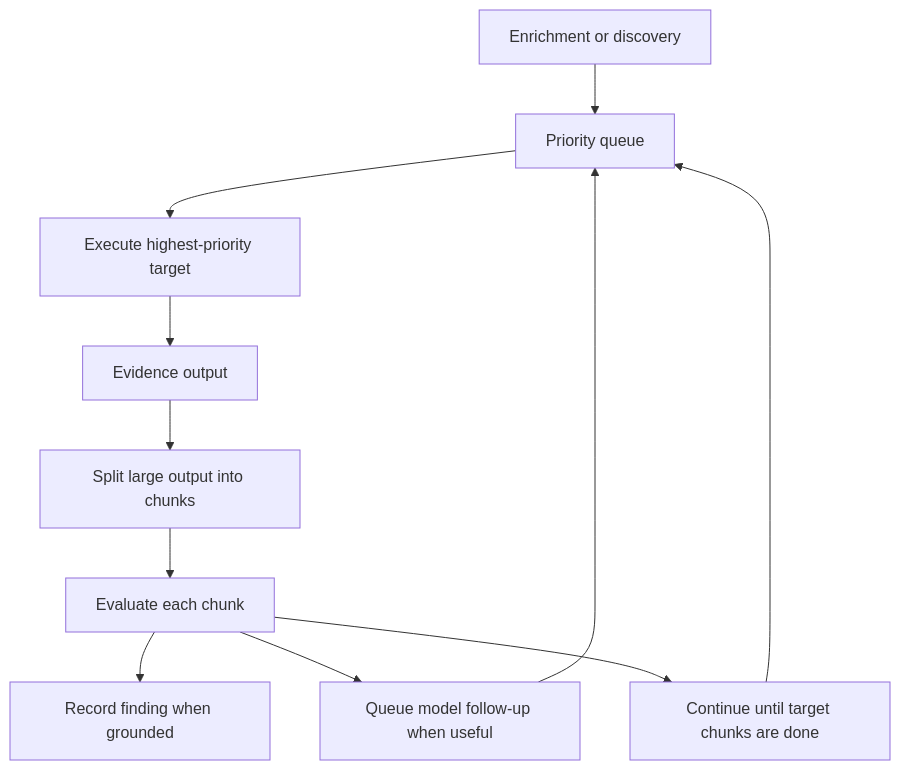
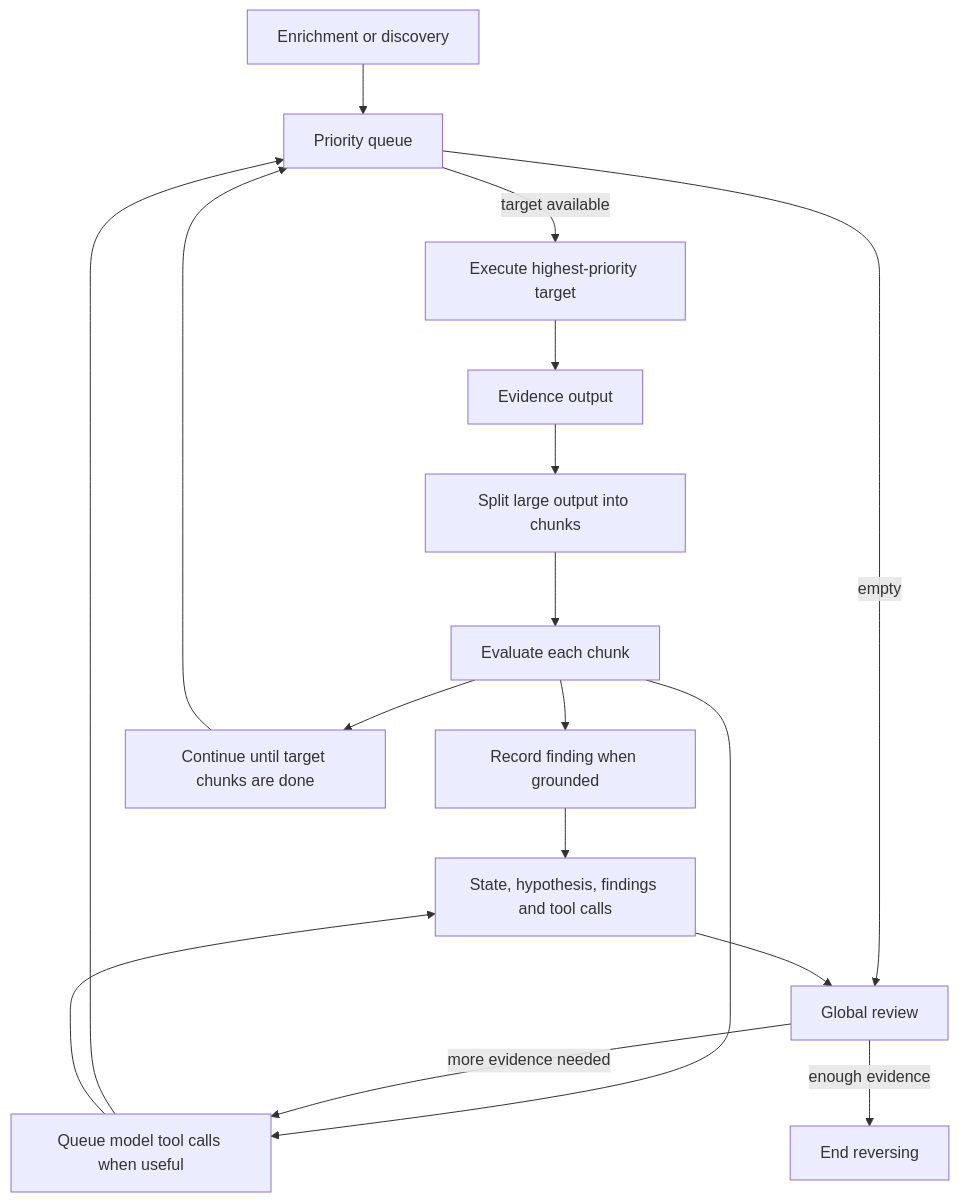
The diagram in docs/phases/reversing.md (pablo-972/AIM), drawn with Mermaid before and after one commit. The commit also changed other lines of this file and 10 other files, not shown here.

````diff
--- a/docs/phases/reversing.md
+++ b/docs/phases/reversing.md
@@ -33,13 +36,19 @@
 ```mermaid
 flowchart TD
     Seed[Enrichment or discovery] --> Queue[Priority queue]
-    Queue --> Target[Execute highest-priority target]
+    Queue -->|target available| Target[Execute highest-priority target]
     Target --> Output[Evidence output]
     Output --> Chunks[Split large output into chunks]
     Chunks --> Evaluate[Evaluate each chunk]
     Evaluate --> Finding[Record finding when grounded]
-    Evaluate --> FollowUp[Queue model follow-up when useful]
-    FollowUp --> Queue
+    Evaluate --> ToolCalls[Queue model tool calls when useful]
+    ToolCalls --> Queue
+    ToolCalls --> Memory
     Evaluate --> Next[Continue until target chunks are done]
     Next --> Queue
+    Finding --> Memory[State, hypothesis, findings and tool calls]
+    Queue -->|empty| Review[Global review]
+    Memory --> Review
+    Review -->|more evidence needed| ToolCalls
+    Review -->|enough evidence| Done[End reversing]
 ```
````
